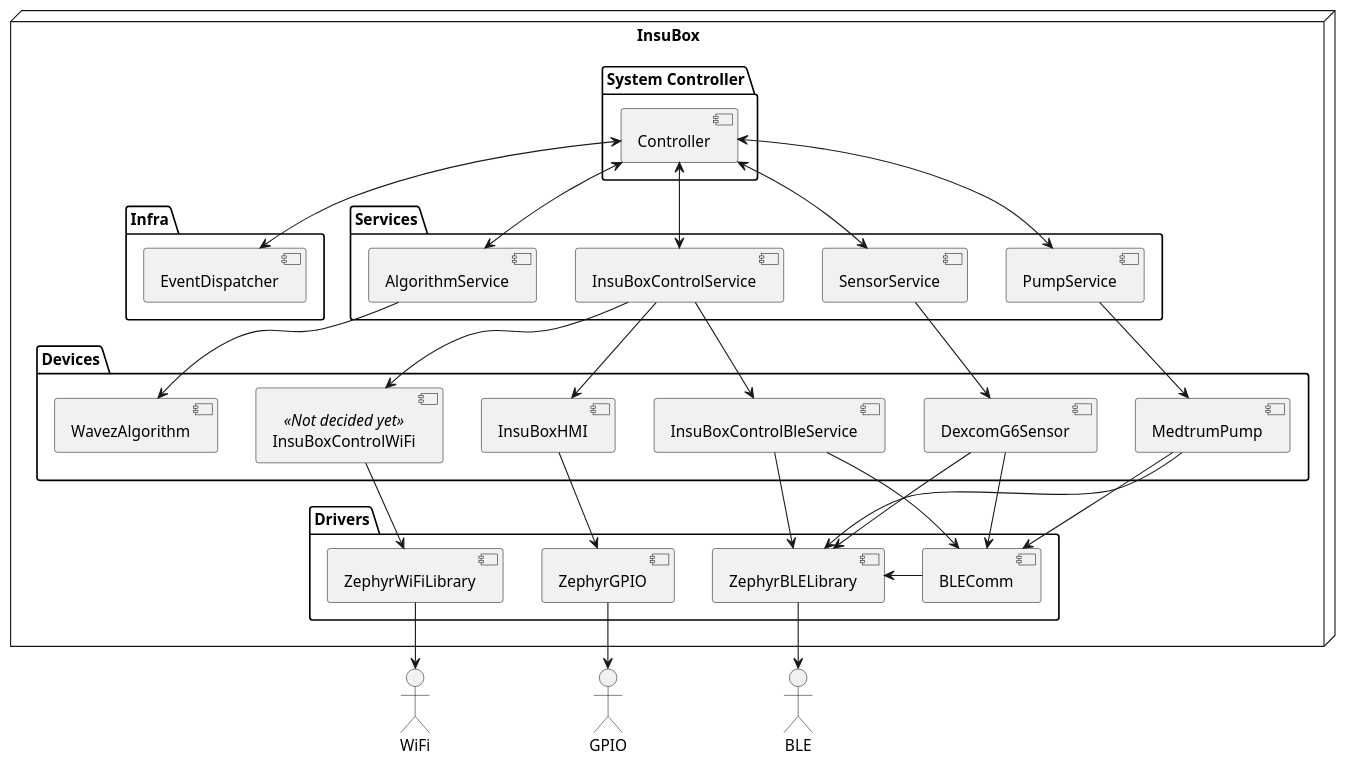
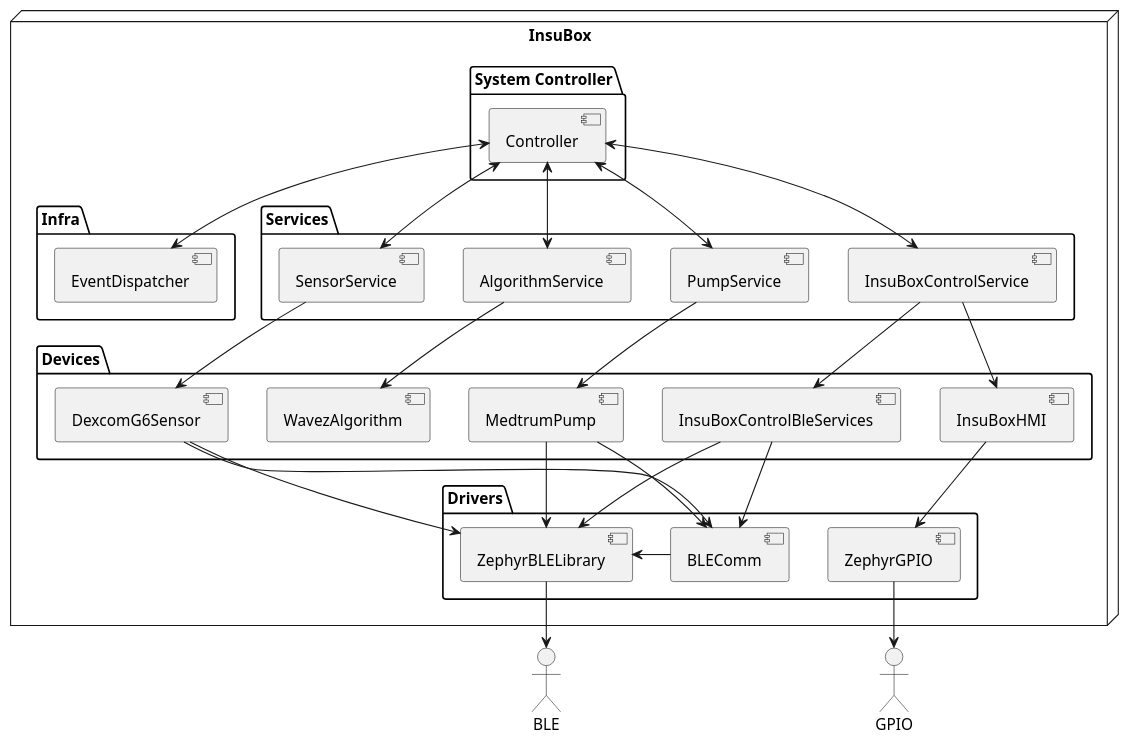
Before and after one commit to jbr7rr/insuBox: the diagram in inline_umlgraph_pnghtml.pu, drawn with PlantUML. The commit also changed 1 other file, not shown here.

```diff
--- a/inline_umlgraph_pnghtml.pu
+++ b/inline_umlgraph_pnghtml.pu
@@ -1,70 +1,64 @@
 @startuml inline_umlgraph_1.png
 node "InsuBox" {
     package "System Controller" {
         [Controller]
     }
 
     package "Infra" {
         [EventDispatcher]
     }
 
     package "Services" {
         [AlgorithmService]
         [PumpService]
         [SensorService]
         [InsuBoxControlService]
     }
 
     package "Devices" {
         [WavezAlgorithm]
         [MedtrumPump]
         [DexcomG6Sensor]
-        [InsuBoxControlBleService]
-        [InsuBoxControlWiFi] << Not decided yet >>
+        [InsuBoxControlBleServices]
         [InsuBoxHMI]
     }
 
     package "Drivers" {
         [BLEComm]
         [ZephyrBLELibrary]
-        [ZephyrWiFiLibrary]
         [ZephyrGPIO]
     }
 }
 
 ' System Controller
 Controller <-down-> PumpService
 Controller <-down-> SensorService
 Controller <-down-> InsuBoxControlService
 Controller <-down-> AlgorithmService
 Controller <--> EventDispatcher
 
 ' Services
 AlgorithmService -down-> WavezAlgorithm
 PumpService -down-> MedtrumPump
 SensorService -down-> DexcomG6Sensor
-InsuBoxControlService -down-> InsuBoxControlBleService
-InsuBoxControlService -down-> InsuBoxControlWiFi
+InsuBoxControlService -down-> InsuBoxControlBleServices
 InsuBoxControlService -down-> InsuBoxHMI
 
 ' Devices
 MedtrumPump -down-> BLEComm
 MedtrumPump -down-> ZephyrBLELibrary
 DexcomG6Sensor -down-> BLEComm
 DexcomG6Sensor -down-> ZephyrBLELibrary
-InsuBoxControlBleService -down-> BLEComm
-InsuBoxControlBleService -down-> ZephyrBLELibrary
-InsuBoxControlWiFi -down-> ZephyrWiFiLibrary
+InsuBoxControlBleServices -down-> BLEComm
+InsuBoxControlBleServices -down-> ZephyrBLELibrary
 InsuBoxHMI -down-> ZephyrGPIO
 
 ' Peripherals
 actor BLE as "BLE"
-actor WiFi as "WiFi"
 actor GPIO as "GPIO"
 
 ' Drivers
 BLEComm -> ZephyrBLELibrary
 ZephyrBLELibrary -down-> BLE
-ZephyrWiFiLibrary -down-> WiFi
 ZephyrGPIO -down-> GPIO
 @enduml
```
